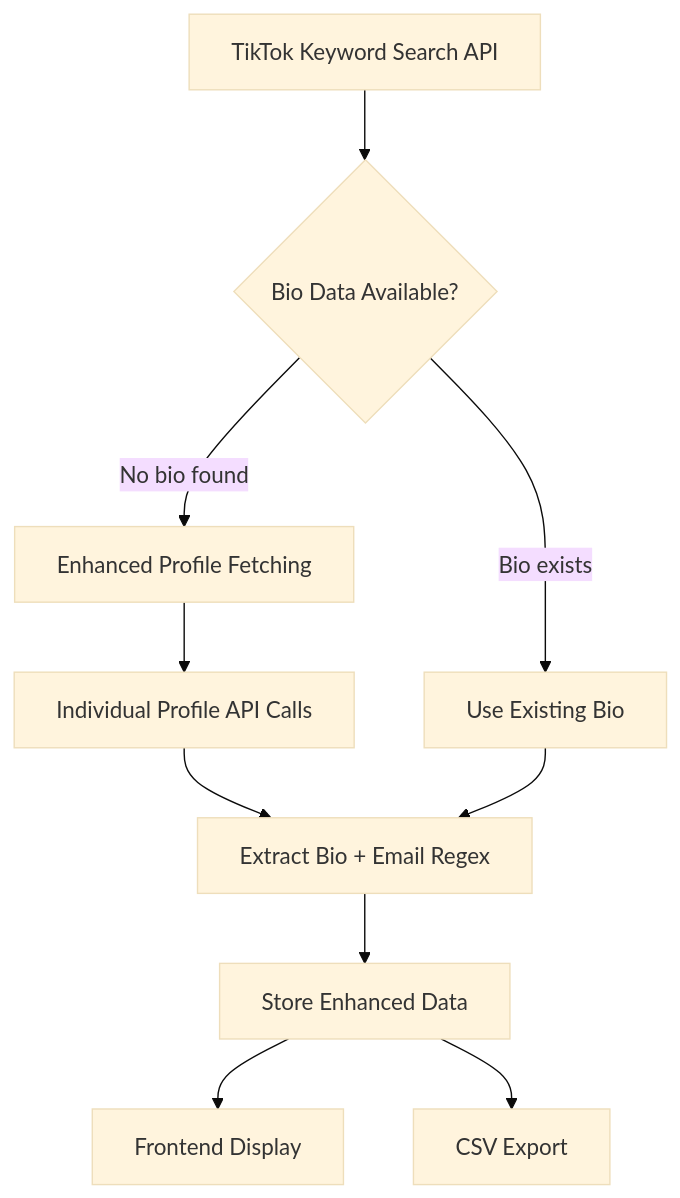
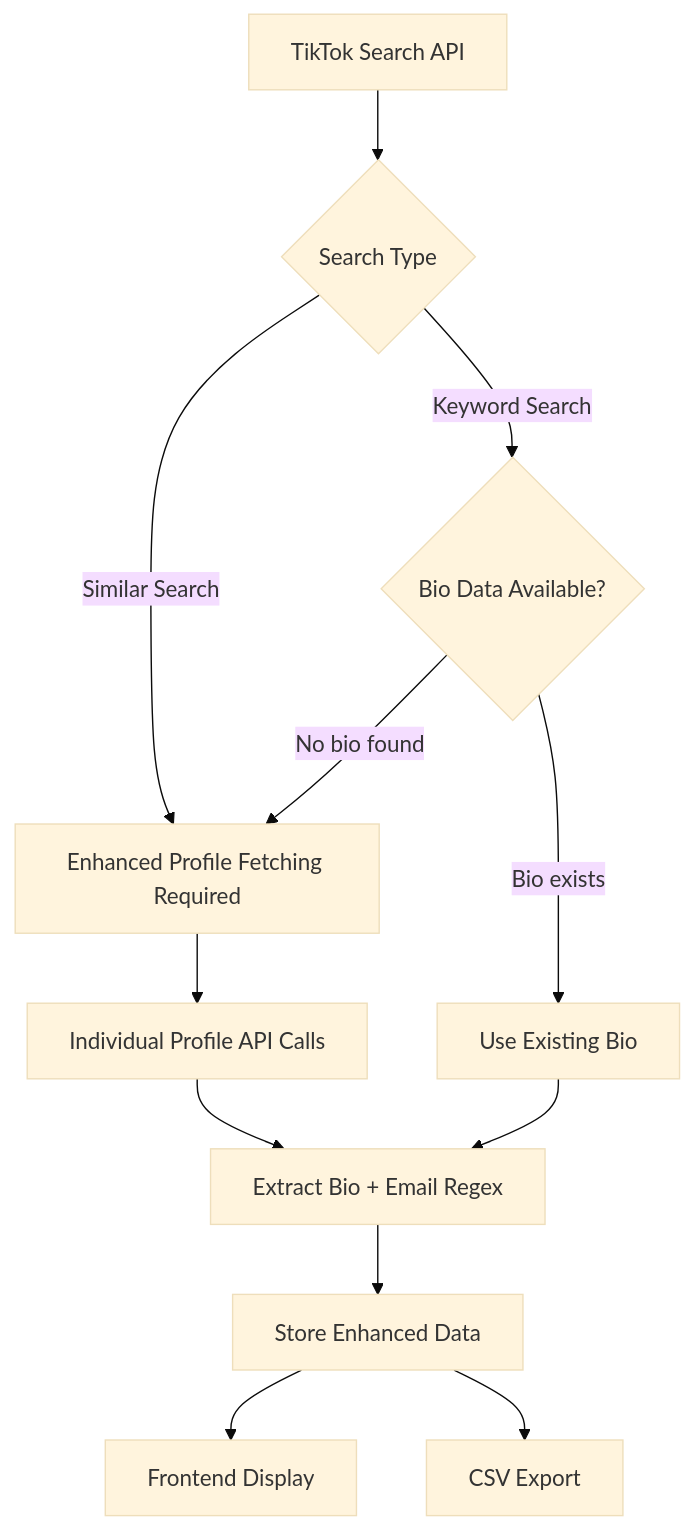
Before and after one commit to Sanchay-T/influencer-platform-app: the second of 2 diagrams in CLAUDE.md, drawn with Mermaid (base theme). The commit also changed other lines of this file and 870 other files, not shown here.

````diff
--- a/CLAUDE.md
+++ b/CLAUDE.md
@@ -536,12 +691,14 @@
 ```mermaid
 graph TD
-    A[TikTok Keyword Search API] --> B{Bio Data Available?}
-    B -->|No bio found| C[Enhanced Profile Fetching]
-    B -->|Bio exists| D[Use Existing Bio]
-    C --> E[Individual Profile API Calls]
-    E --> F[Extract Bio + Email Regex]
-    D --> F
-    F --> G[Store Enhanced Data]
-    G --> H[Frontend Display]
-    G --> I[CSV Export]
+    A[TikTok Search API] --> B{Search Type}
+    B -->|Keyword Search| C{Bio Data Available?}
+    B -->|Similar Search| D[Enhanced Profile Fetching Required]
+    C -->|No bio found| D
+    C -->|Bio exists| E[Use Existing Bio]
+    D --> F[Individual Profile API Calls]
+    F --> G[Extract Bio + Email Regex]
+    E --> G
+    G --> H[Store Enhanced Data]
+    H --> I[Frontend Display]
+    H --> J[CSV Export]
 ```
````
